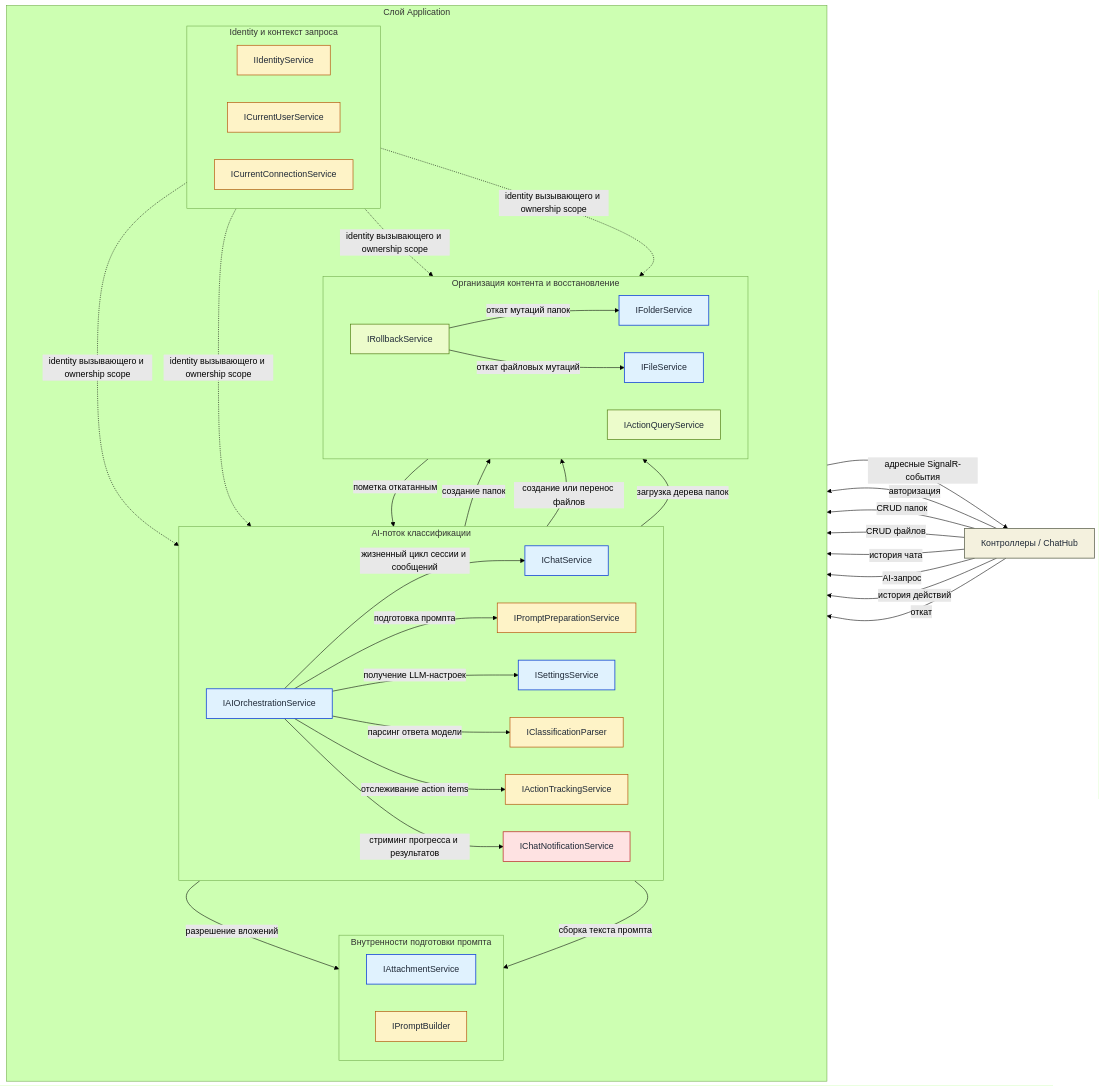
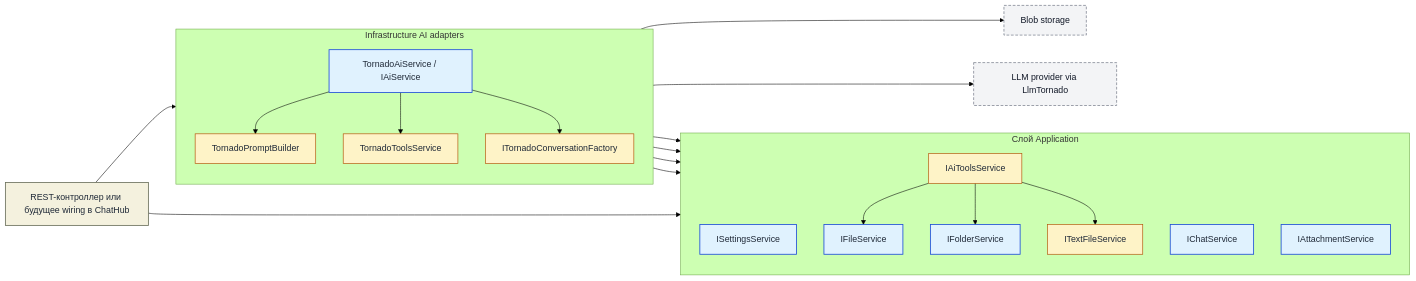
Before and after one commit to BarminGeorge/ShuKnow: the first of 2 diagrams in docs/SERVICES_ARCHITECTURE.md, drawn with Mermaid (forest theme). The commit also changed other lines of this file and 4 other files, not shown here.

````diff
--- a/docs/SERVICES_ARCHITECTURE.md
+++ b/docs/SERVICES_ARCHITECTURE.md
@@ -554,78 +156,47 @@
 ```mermaid
 flowchart LR
     classDef entry fill:#F4F1DE,stroke:#6B705C,color:#1F2937,stroke-width:1.5px;
     classDef core fill:#E0F2FE,stroke:#1D4ED8,color:#1F2937,stroke-width:1.5px;
     classDef support fill:#FEF3C7,stroke:#B45309,color:#1F2937,stroke-width:1.2px;
-    classDef recovery fill:#ECFCCB,stroke:#4D7C0F,color:#1F2937,stroke-width:1.2px;
     classDef transport fill:#FEE2E2,stroke:#B91C1C,color:#1F2937,stroke-width:1.2px;
+    classDef external fill:#F3F4F6,stroke:#6B7280,color:#111827,stroke-width:1.2px,stroke-dasharray: 5 3;
 
-    Client["Контроллеры / ChatHub"]:::entry
+    Caller["REST-контроллер или будущее wiring в ChatHub"]:::entry
 
     subgraph App["Слой Application"]
         direction TB
-
-        subgraph Workflow["AI-поток классификации"]
-            direction LR
-            ChatService["IChatService"]:::core
-            SettingsService["ISettingsService"]:::core
-            AIOrchestration["IAIOrchestrationService"]:::core
-            PromptPrep["IPromptPreparationService"]:::support
-            ClassificationParser["IClassificationParser"]:::support
-            ActionTracking["IActionTrackingService"]:::support
-            ChatNotification["IChatNotificationService"]:::transport
-        end
-
-        subgraph PromptInternals["Внутренности подготовки промпта"]
-            direction LR
-            AttachmentService["IAttachmentService"]:::core
-            PromptBuilder["IPromptBuilder"]:::support
-        end
-
-        subgraph Content["Организация контента и восстановление"]
-            direction LR
-            FolderService["IFolderService"]:::core
-            FileService["IFileService"]:::core
-            ActionQueryService["IActionQueryService"]:::recovery
-            RollbackService["IRollbackService"]:::recovery
-        end
-
-        subgraph Identity["Identity и контекст запроса"]
-            direction LR
-            IdentityService["IIdentityService"]:::support
-            CurrentUser["ICurrentUserService"]:::support
-            CurrentConnection["ICurrentConnectionService"]:::support
-        end
+        Settings["ISettingsService"]:::core
+        Chat["IChatService"]:::core
+        Attachments["IAttachmentService"]:::core
+        Files["IFileService"]:::core
+        Folders["IFolderService"]:::core
+        TextFiles["ITextFileService"]:::support
+        AiTools["IAiToolsService"]:::support
     end
 
-    Client -->|авторизация| IdentityService
-    Client -->|CRUD папок| FolderService
-    Client -->|CRUD файлов| FileService
-    Client -->|история чата| ChatService
-    Client -->|AI-запрос| AIOrchestration
-    Client -->|история действий| ActionQueryService
-    Client -->|откат| RollbackService
+    subgraph Infra["Infrastructure AI adapters"]
+        direction TB
+        Ai["TornadoAiService / IAiService"]:::core
+        Prompt["TornadoPromptBuilder"]:::support
+        Tools["TornadoToolsService"]:::support
+        Factory["ITornadoConversationFactory"]:::support
+    end
 
-    AIOrchestration -->|жизненный цикл сессии и сообщений| ChatService
-    AIOrchestration -->|подготовка промпта| PromptPrep
-    AIOrchestration -->|получение LLM-настроек| SettingsService
-    AIOrchestration -->|парсинг ответа модели| ClassificationParser
-    AIOrchestration -->|отслеживание action items| ActionTracking
-    AIOrchestration -->|создание папок| FolderService
-    AIOrchestration -->|создание или перенос файлов| FileService
-    AIOrchestration -->|стриминг прогресса и результатов| ChatNotification
+    LLM["LLM provider via LlmTornado"]:::external
+    BlobStore["Blob storage"]:::external
 
-    PromptPrep -->|загрузка дерева папок| FolderService
-    PromptPrep -->|разрешение вложений| AttachmentService
-    PromptPrep -->|сборка текста промпта| PromptBuilder
-
-    RollbackService -->|откат файловых мутаций| FileService
-    RollbackService -->|откат мутаций папок| FolderService
-    RollbackService -->|пометка откатанным| ActionTracking
-
-    CurrentUser -. identity вызывающего и ownership scope .-> AIOrchestration
-    CurrentUser -. identity вызывающего и ownership scope .-> FolderService
-    CurrentUser -. identity вызывающего и ownership scope .-> FileService
-    CurrentUser -. identity вызывающего и ownership scope .-> ChatService
-
-    ChatNotification -->|адресные SignalR-события| Client
+    Caller --> Settings
+    Caller --> Ai
+    Ai --> Chat
+    Ai --> Prompt
+    Ai --> Tools
+    Ai --> Factory
+    Prompt --> Chat
+    Prompt --> Attachments
+    Prompt --> BlobStore
+    Tools --> AiTools
+    AiTools --> Files
+    AiTools --> Folders
+    AiTools --> TextFiles
+    Factory --> LLM
 ```
````
